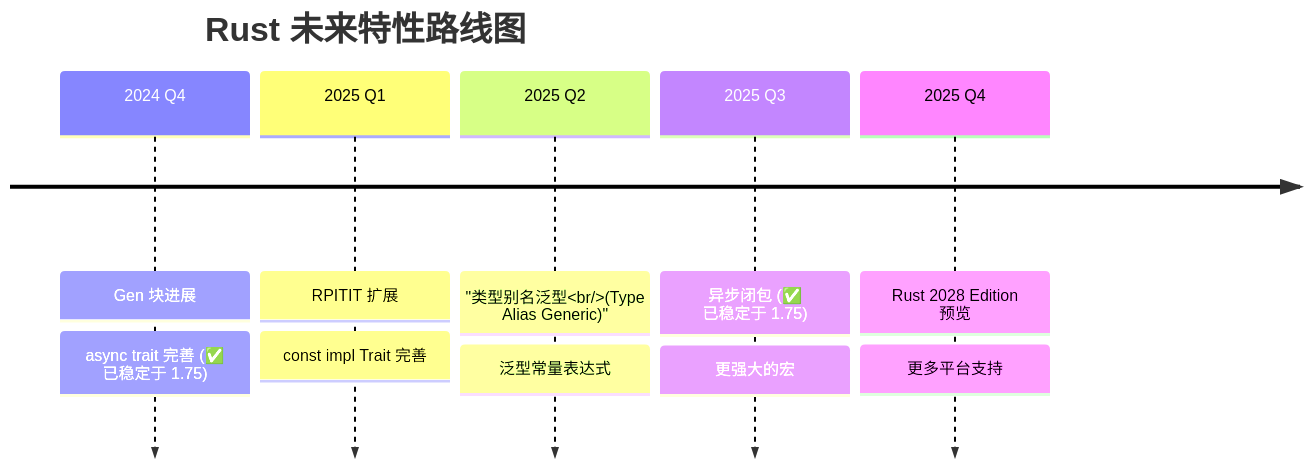
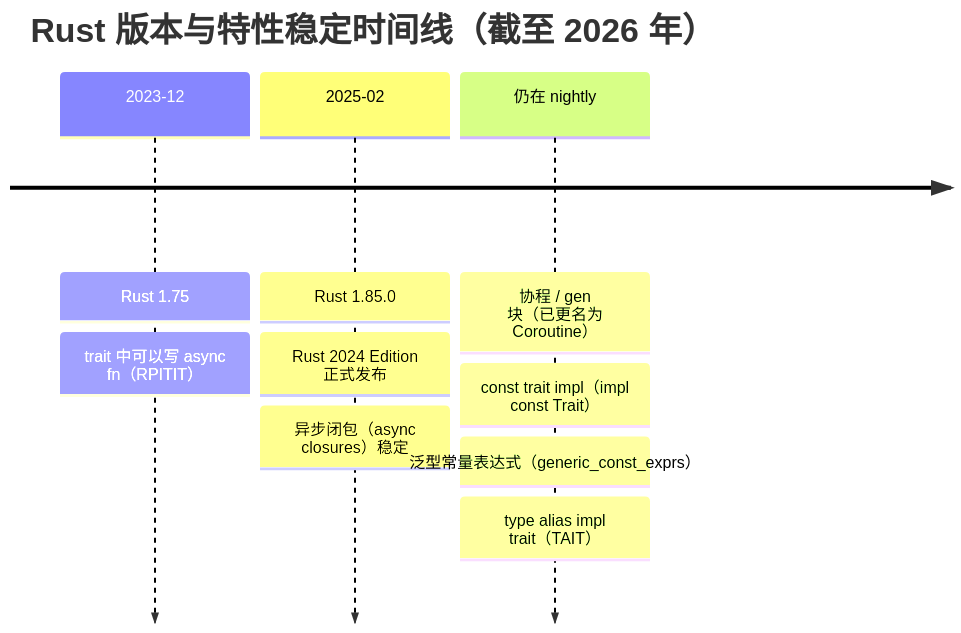
The third of 3 diagrams in content/Rust/basic/Chapter-21-Rust-2024-Edition.md (before80/prgms), drawn with Mermaid before and after one commit. The commit also changed other lines of this file and 1645 other files, not shown here.

````diff
--- a/content/Rust/basic/Chapter-21-Rust-2024-Edition.md
+++ b/content/Rust/basic/Chapter-21-Rust-2024-Edition.md
@@ -934,14 +909,13 @@
 ```mermaid
 timeline
-    title Rust 未来特性路线图
-    2024 Q4 : Gen 块进展
-           : async trait 完善 (✅ 已稳定于 1.75)
-    2025 Q1 : RPITIT 扩展
-           : const impl Trait 完善
-    2025 Q2 : "类型别名泛型<br/>(Type Alias Generic)"
-           : 泛型常量表达式
-    2025 Q3 : 异步闭包 (✅ 已稳定于 1.75)
-           : 更强大的宏
-    2025 Q4 : Rust 2028 Edition 预览
-           : 更多平台支持
+    title Rust 版本与特性稳定时间线（截至 2026 年）
+    2023-12 : Rust 1.75
+             : trait 中可以写 async fn（RPITIT）
+    2025-02 : Rust 1.85.0
+             : Rust 2024 Edition 正式发布
+             : 异步闭包（async closures）稳定
+    仍在 nightly : 协程 / gen 块（已更名为 Coroutine）
+                 : const trait impl（impl const Trait）
+                 : 泛型常量表达式（generic_const_exprs）
+                 : type alias impl trait（TAIT）
 ```
````
